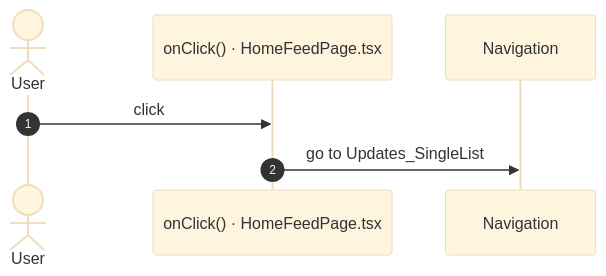
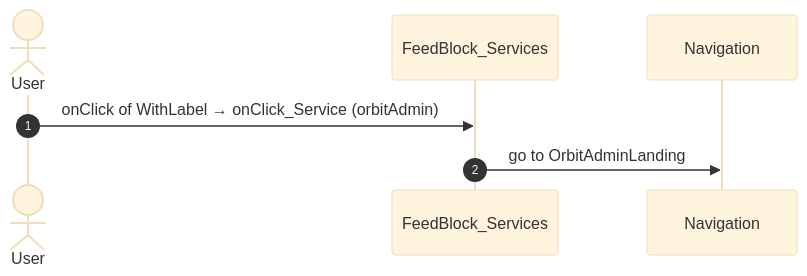
Diagram 14 of 51 in migration/route-actions/HomeFeed.md (Phoenix-DX/connect-new-ui), drawn with Mermaid (base theme) before and after one commit. The commit also changed other lines of this file and 9 other files, not shown here.

Commit message:
route actions: facts only; user actions as two independent lists (OutSystems view bindings, React JSX bindings) with Mermaid sequences; factual call columns (direct caller, chains, React references); app shell by definition (survey shell, main.tsx code); constants read for React paths

````diff
--- a/migration/route-actions/HomeFeed.md
+++ b/migration/route-actions/HomeFeed.md
@@ -390,9 +344,9 @@
 ```mermaid
 sequenceDiagram
   autonumber
   actor U as User
-  participant H as onClick() · HomeFeedPage.tsx
+  participant B as FeedBlock_Services
   participant N as Navigation
-  U->>H: click
-  H->>N: go to Updates_SingleList
+  U->>B: onClick of WithLabel → onClick_Service (orbitAdmin)
+  B->>N: go to OrbitAdminLanding
 ```
````
